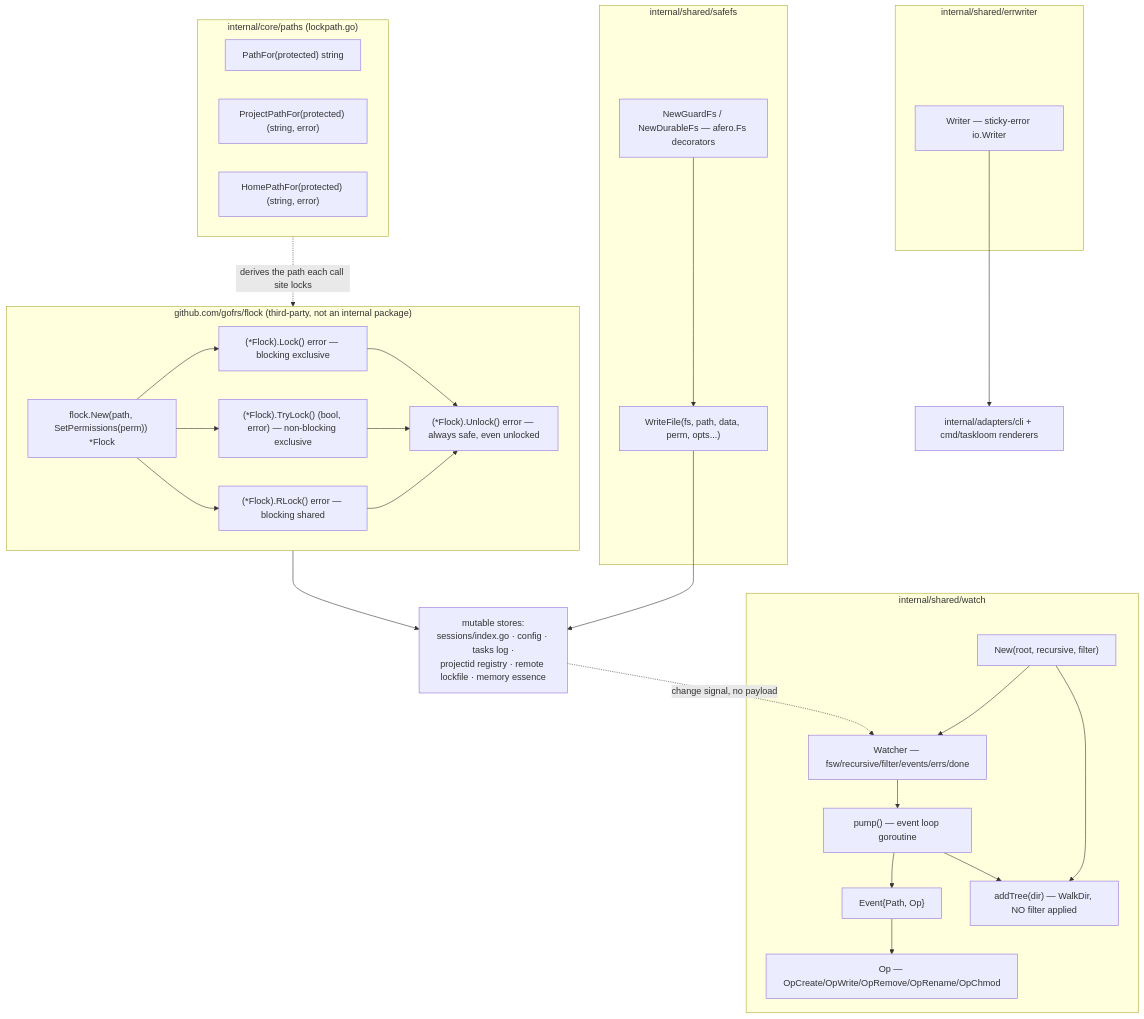
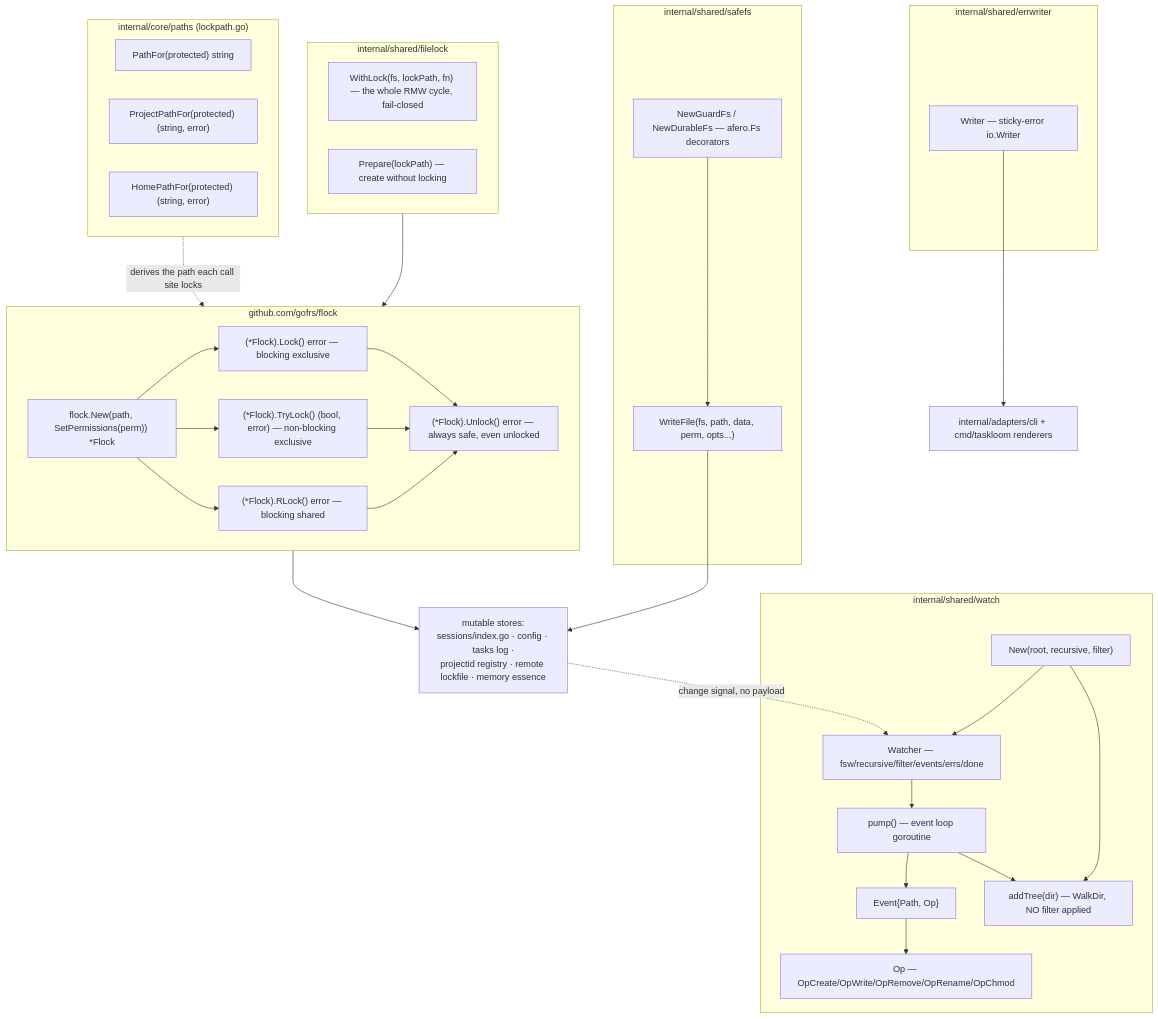
One commit to ctxloom/ctxloom changed the diagram in docs/architecture/shared/filesystem-io.md. Above: the diagram before and after it, drawn with Mermaid. The commit also changed other lines of this file and 30 other files, not shown here.

````diff
--- a/docs/architecture/shared/filesystem-io.md
+++ b/docs/architecture/shared/filesystem-io.md
@@ -9,46 +9,51 @@
 ```mermaid
 flowchart TD
   subgraph sf["internal/shared/safefs"]
     WFA["WriteFile(fs, path, data, perm, opts...)"]
     WFAF["NewGuardFs / NewDurableFs — afero.Fs decorators"]
     WFAF --> WFA
   end
   subgraph ew["internal/shared/errwriter"]
     EW["Writer — sticky-error io.Writer"]
   end
 
-  subgraph fl["github.com/gofrs/flock (third-party, not an internal package)"]
+  subgraph flk["internal/shared/filelock"]
+    WL["WithLock(fs, lockPath, fn) — the whole RMW cycle, fail-closed"]
+    PR["Prepare(lockPath) — create without locking"]
+  end
+  flk --> fl
+  subgraph fl["github.com/gofrs/flock"]
     FN["flock.New(path, SetPermissions(perm)) *Flock"]
     FL["(*Flock).Lock() error — blocking exclusive"]
     FT["(*Flock).TryLock() (bool, error) — non-blocking exclusive"]
     FR["(*Flock).RLock() error — blocking shared"]
     FU["(*Flock).Unlock() error — always safe, even unlocked"]
     FN --> FL & FT & FR
     FL & FT & FR --> FU
   end
   subgraph pp["internal/core/paths (lockpath.go)"]
     PF["PathFor(protected) string"]
     PPF["ProjectPathFor(protected) (string, error)"]
     HPF["HomePathFor(protected) (string, error)"]
   end
   pp -.->|"derives the path each call site locks"| fl
 
   subgraph wt["internal/shared/watch"]
     NEW["New(root, recursive, filter)"]
     W["Watcher — fsw/recursive/filter/events/errs/done"]
     EV["Event{Path, Op}"]
     OP["Op — OpCreate/OpWrite/OpRemove/OpRename/OpChmod"]
     AT["addTree(dir) — WalkDir, NO filter applied"]
     PUMP["pump() — event loop goroutine"]
     NEW --> W
     W --> PUMP --> EV --> OP
     NEW --> AT
     PUMP --> AT
   end
 
   stores["mutable stores:<br/>sessions/index.go · config · tasks log ·<br/>projectid registry · remote lockfile · memory essence"]
   fl --> stores
   WFA --> stores
   stores -.->|"change signal, no payload"| W
   EW --> cli["internal/adapters/cli + cmd/taskloom renderers"]
 ```
````
